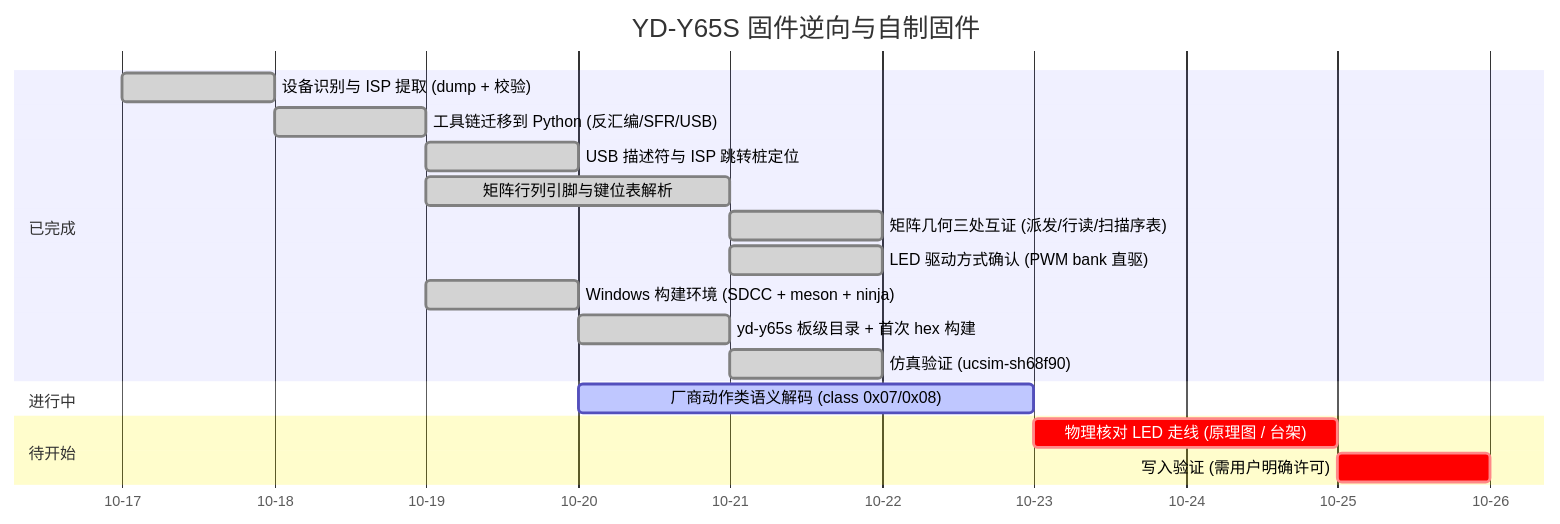
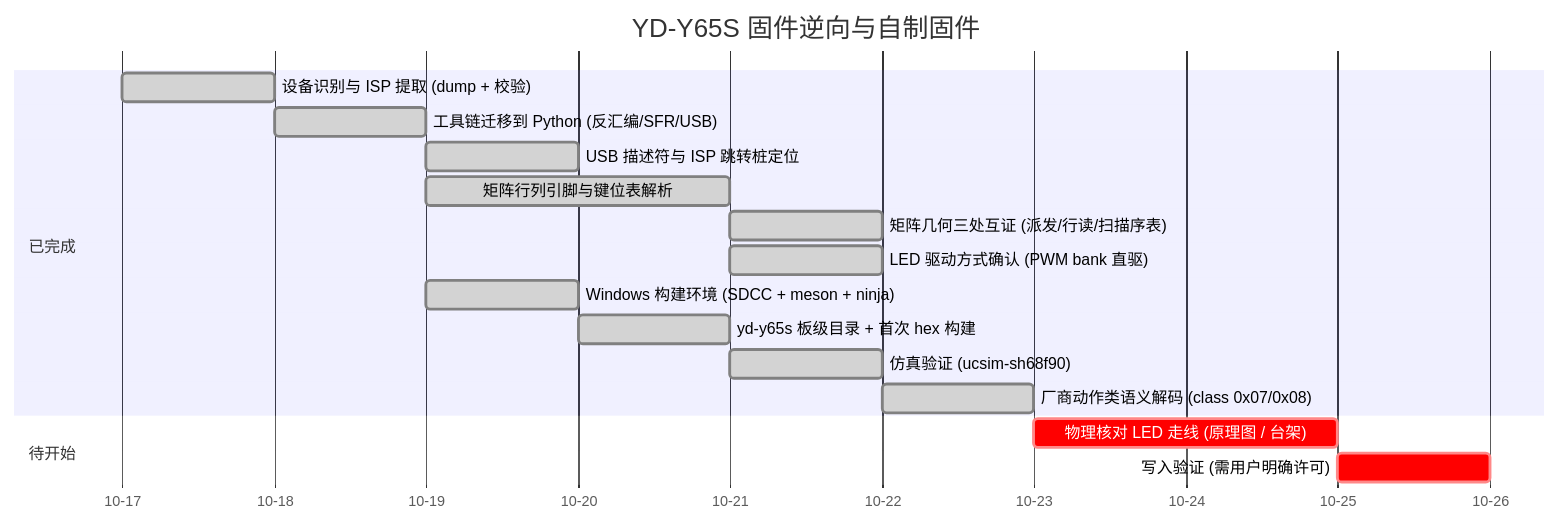
One commit to adam-ikari/y65s_cfw changed the diagram in brain/roadmap.md. Above: the diagram before and after it, drawn with Mermaid. The commit also changed other lines of this file, not shown here.

Commit message:
brain: mark class 0x07/0x08 semantics decoded in roadmap

````diff
--- a/brain/roadmap.md
+++ b/brain/roadmap.md
@@ -12,21 +12,20 @@
 ```mermaid
 gantt
   title YD-Y65S 固件逆向与自制固件
   dateFormat YYYY-MM-DD
   axisFormat %m-%d
   section 已完成
   设备识别与 ISP 提取 (dump + 校验)        :done, a1, 2026-10-17, 1d
   工具链迁移到 Python (反汇编/SFR/USB)     :done, a2, after a1, 1d
   USB 描述符与 ISP 跳转桩定位              :done, a3, after a2, 1d
   矩阵行列引脚与键位表解析                 :done, b1, 2026-10-19, 2d
   矩阵几何三处互证 (派发/行读/扫描序表)     :done, b3, after b1, 1d
   LED 驱动方式确认 (PWM bank 直驱)         :done, b2, after b1, 1d
   Windows 构建环境 (SDCC + meson + ninja)  :done, c1, 2026-10-19, 1d
   yd-y65s 板级目录 + 首次 hex 构建          :done, c2, after c1, 1d
   仿真验证 (ucsim-sh68f90)                 :done, c3, after c2, 1d
-  section 进行中
-  厂商动作类语义解码 (class 0x07/0x08)      :active, c6, 2026-10-20, 3d
+  厂商动作类语义解码 (class 0x07/0x08)      :done, c6, after c3, 1d
   section 待开始
   物理核对 LED 走线 (原理图 / 台架)         :crit, c7, after c6, 2d
   写入验证 (需用户明确许可)                :crit, c4, after c7, 1d
 ```
````
